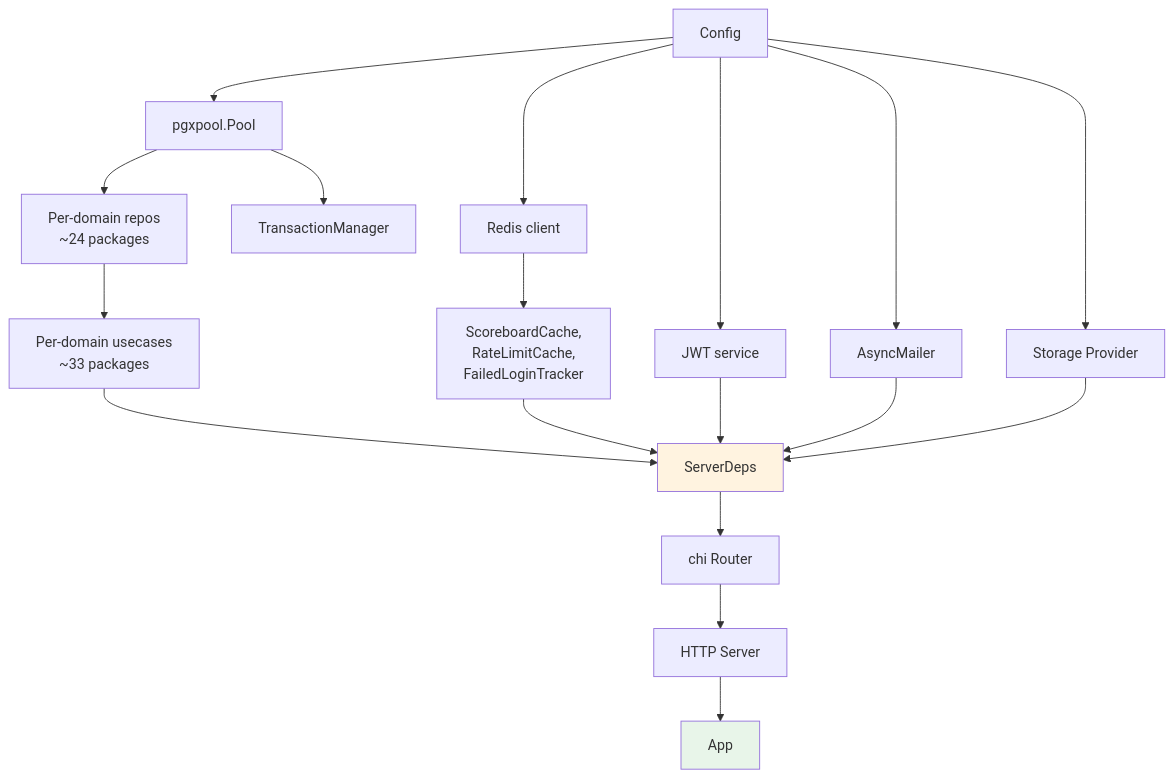
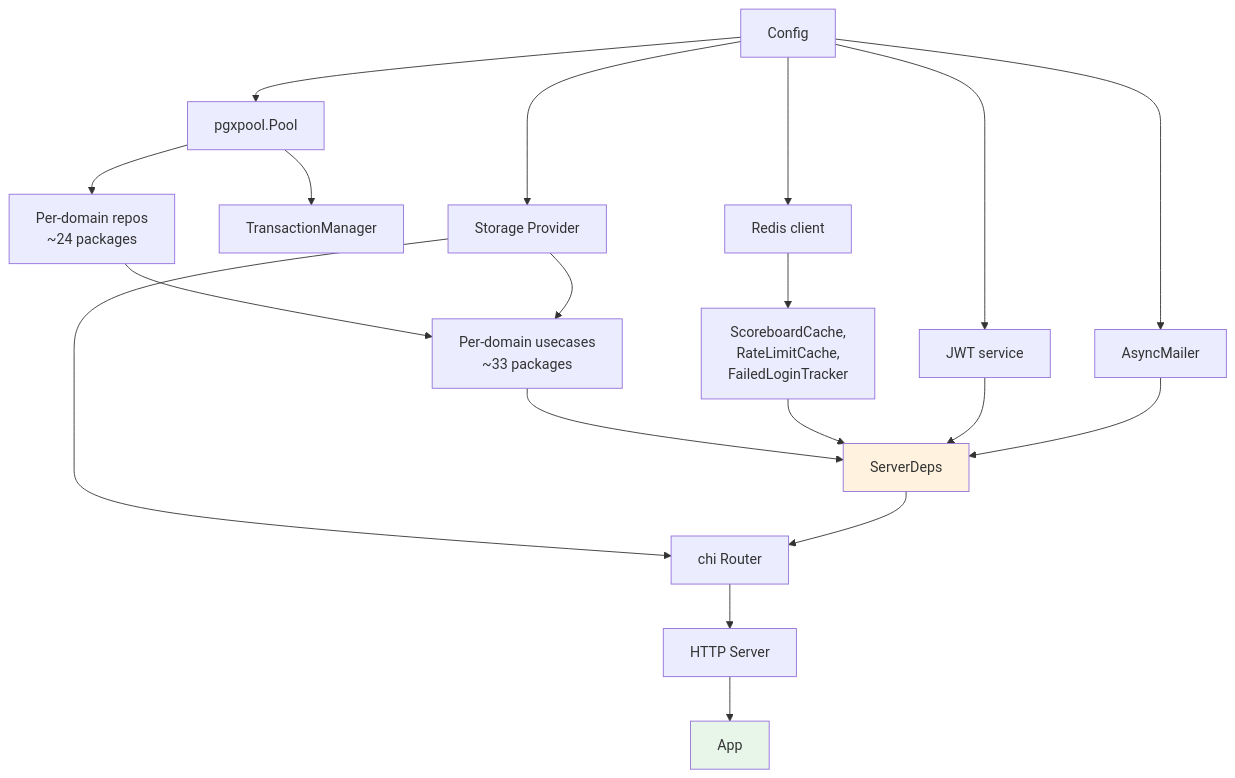
One commit to skr1ms/CTFBoard changed the fourth of 7 diagrams in docs/en/ARCHITECTURE.md. Above: the diagram before and after it, drawn with Mermaid. The commit also changed other lines of this file and 5 other files, not shown here.

Commit message:
docs: refresh backend architecture notes

````diff
--- a/docs/en/ARCHITECTURE.md
+++ b/docs/en/ARCHITECTURE.md
@@ -203,24 +201,25 @@
 ```mermaid
 graph TD
     cfg[Config] --> pool[pgxpool.Pool]
     cfg --> redis[Redis client]
     pool --> tm[TransactionManager]
     pool --> repos[Per-domain repos<br/>~24 packages]
     repos --> ucs[Per-domain usecases<br/>~33 packages]
     redis --> cache[ScoreboardCache,<br/>RateLimitCache,<br/>FailedLoginTracker]
     cfg --> jwt[JWT service]
     cfg --> mailer[AsyncMailer]
     cfg --> store[Storage Provider]
 
     ucs --> sd[ServerDeps]
     cache --> sd
     jwt --> sd
     mailer --> sd
-    store --> sd
+    store --> ucs
+    store --> router
     sd --> router[chi Router]
     router --> srv[HTTP Server]
     srv --> app[App]
 
     style sd fill:#fff3e0
     style app fill:#e8f5e9
 ```
````
